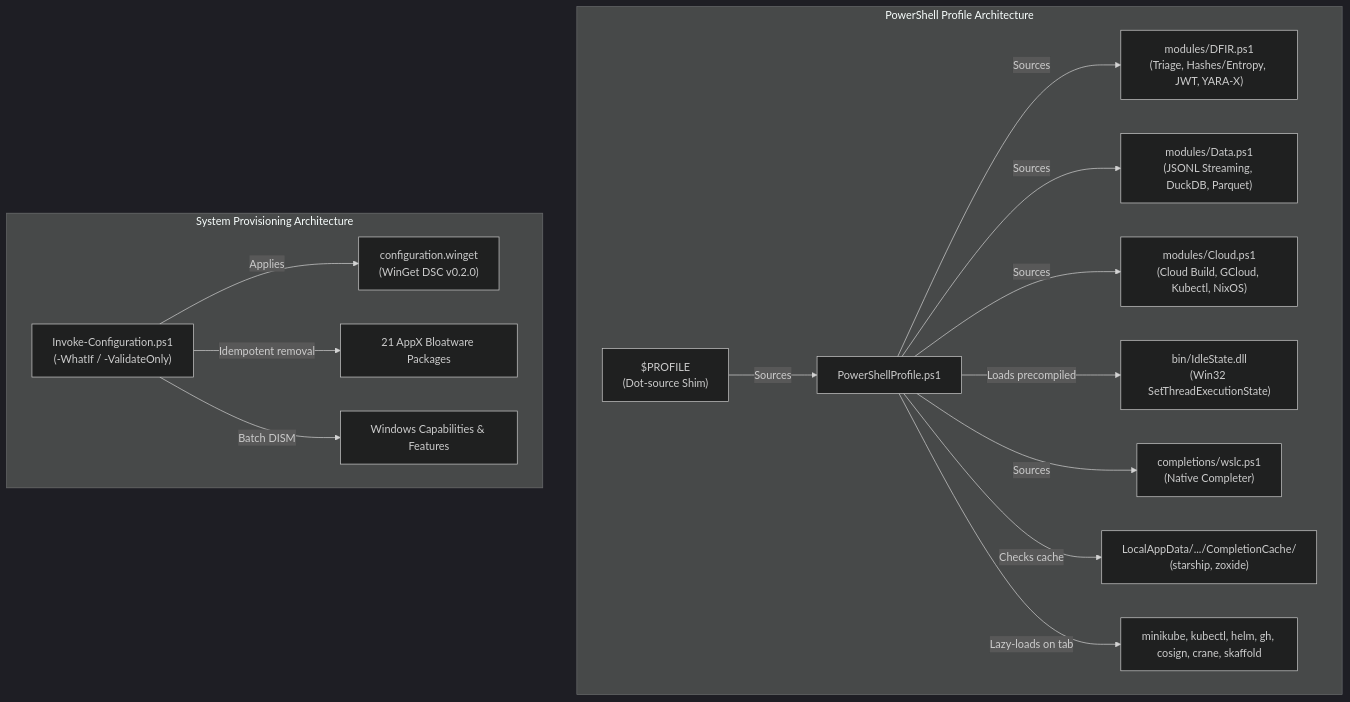
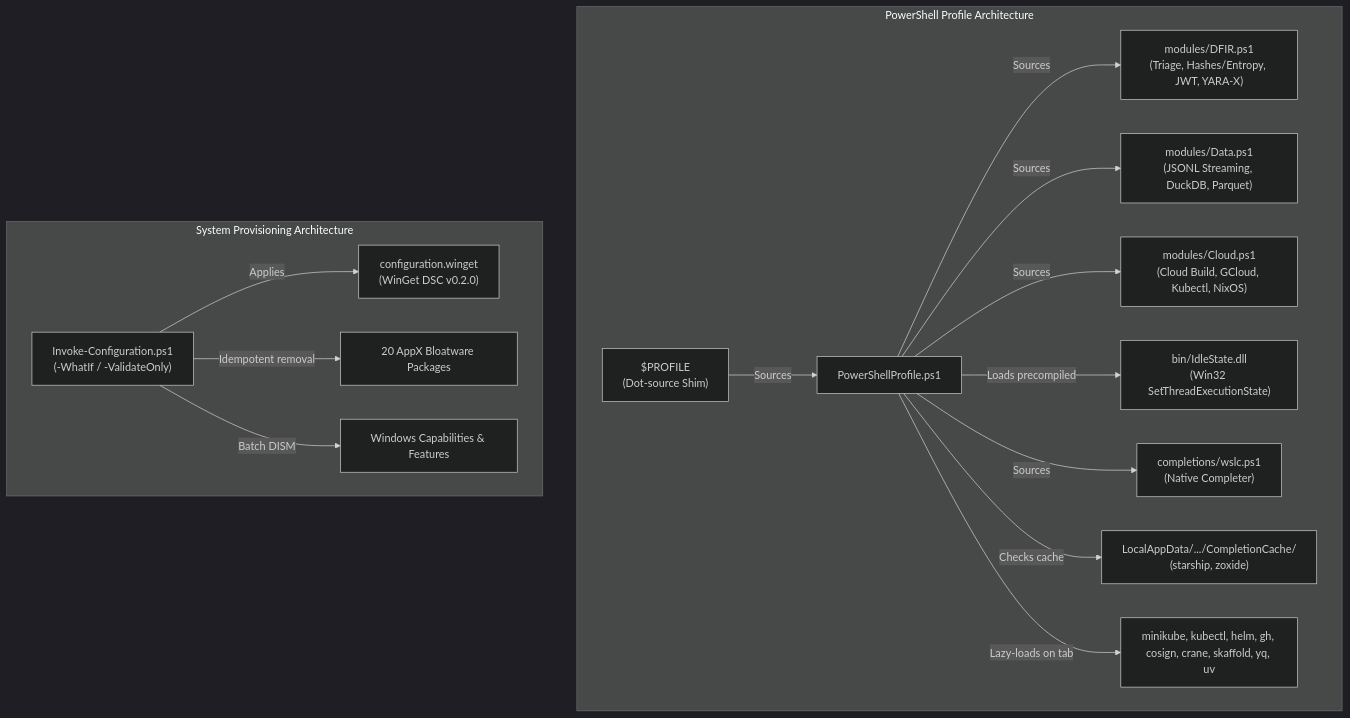
The diagram in README.md (vaanguarrdd/Profile), drawn with Mermaid (dark theme) before and after one commit. The commit also changed other lines of this file and 3 other files, not shown here.

Commit message:
Reconcile workstation state in WinGet DSC, native AppX removal, and profile completions

````diff
--- a/README.md
+++ b/README.md
@@ -5,19 +5,19 @@
 ```mermaid
 flowchart TD
     subgraph Profile["PowerShell Profile Architecture"]
         PS["$PROFILE\n(Dot-source Shim)"] -->|Sources| Main["PowerShellProfile.ps1"]
         Main -->|Sources| ModDFIR["modules/DFIR.ps1\n(Triage, Hashes/Entropy, JWT, YARA-X)"]
         Main -->|Sources| ModData["modules/Data.ps1\n(JSONL Streaming, DuckDB, Parquet)"]
         Main -->|Sources| ModCloud["modules/Cloud.ps1\n(Cloud Build, GCloud, Kubectl, NixOS)"]
         Main -->|Loads precompiled| DLL["bin/IdleState.dll\n(Win32 SetThreadExecutionState)"]
         Main -->|Sources| Comp["completions/wslc.ps1\n(Native Completer)"]
         Main -->|Checks cache| Cache["LocalAppData/.../CompletionCache/\n(starship, zoxide)"]
-        Main -->|Lazy-loads on tab| K8s["minikube, kubectl, helm, gh, cosign, crane, skaffold"]
+        Main -->|Lazy-loads on tab| K8s["minikube, kubectl, helm, gh, cosign, crane, skaffold, yq, uv"]
     end
 
     subgraph Config["System Provisioning Architecture"]
         Invoke["Invoke-Configuration.ps1\n(-WhatIf / -ValidateOnly)"] -->|Applies| DSC["configuration.winget\n(WinGet DSC v0.2.0)"]
-        Invoke -->|Idempotent removal| Bloat["21 AppX Bloatware Packages"]
+        Invoke -->|Idempotent removal| Bloat["20 AppX Bloatware Packages"]
         Invoke -->|Batch DISM| Feat["Windows Capabilities & Features"]
     end
 ```
````
